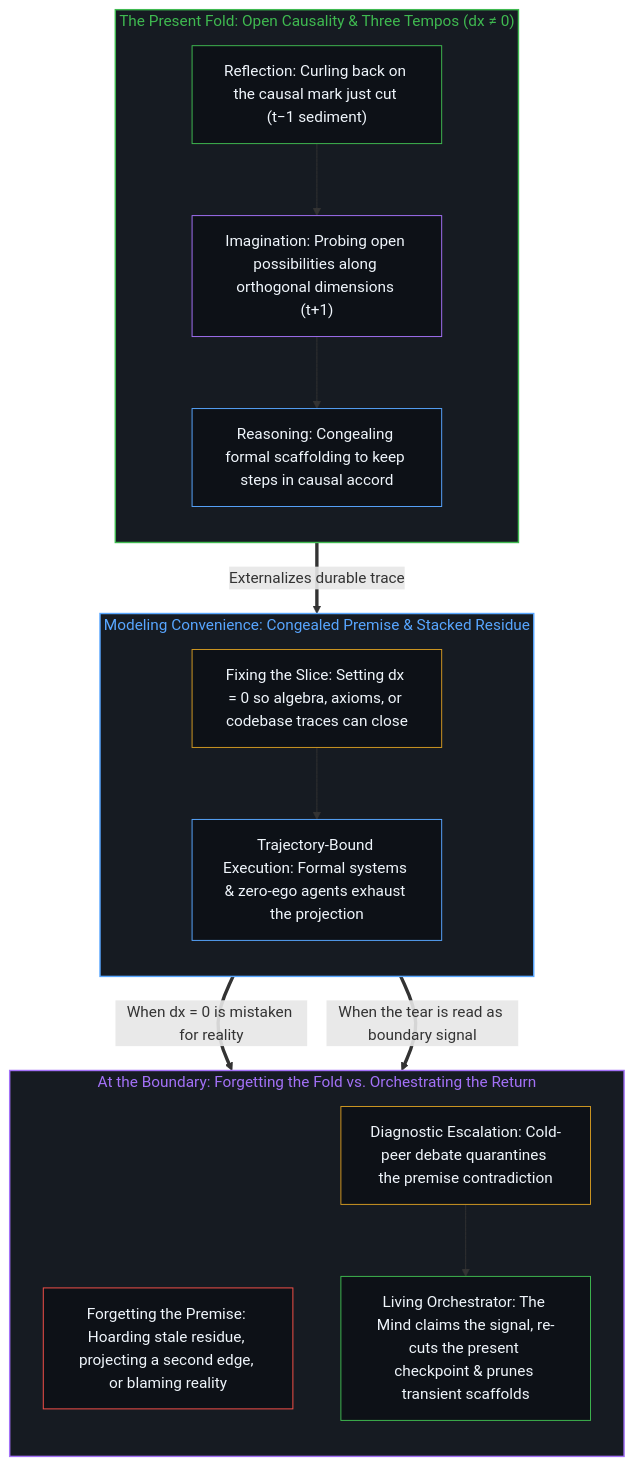
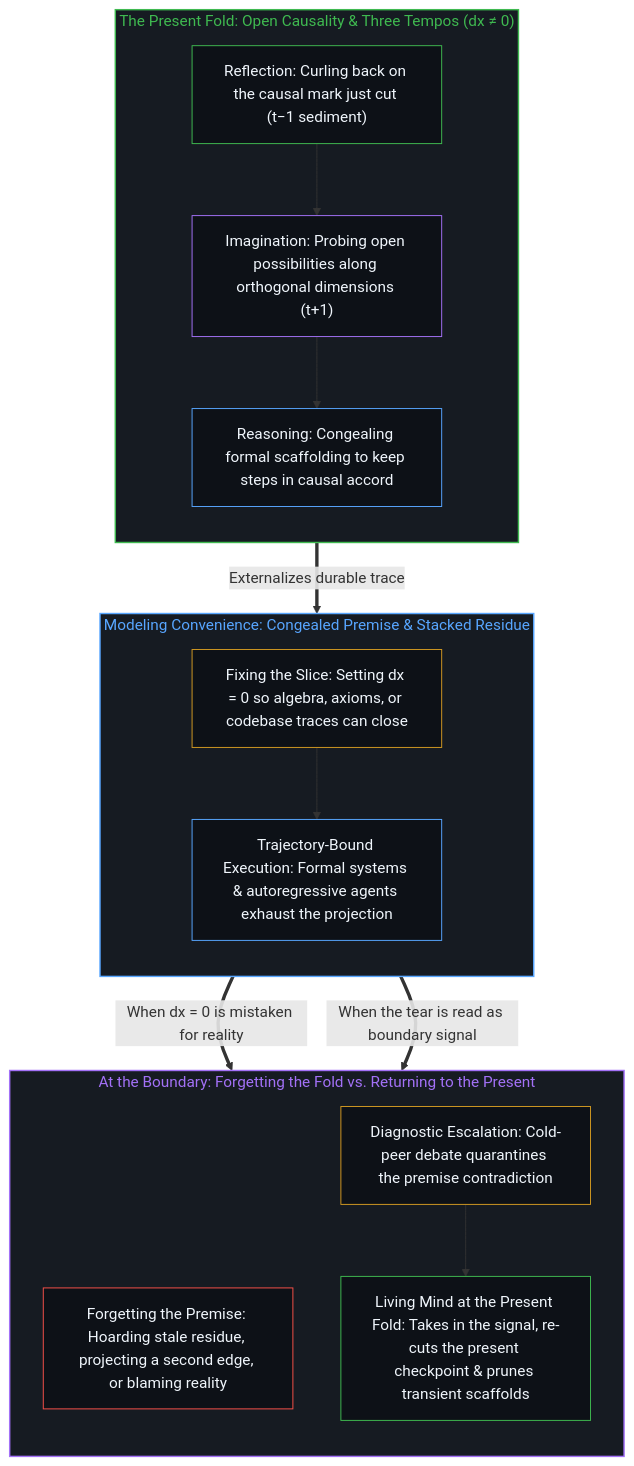
One commit to powerpig99/not-a-toe changed the second of 2 diagrams in content/posts/the-continuum-is-a-modeling-convenience.md. Above: the diagram before and after it, drawn with Mermaid. The commit also changed other lines of this file and 5 other files, not shown here.

````diff
--- a/content/posts/the-continuum-is-a-modeling-convenience.md
+++ b/content/posts/the-continuum-is-a-modeling-convenience.md
@@ -141,37 +141,37 @@
 ```mermaid
 flowchart TD
     subgraph S_Fold["The Present Fold: Open Causality & Three Tempos (dx ≠ 0)"]
         direction TB
         Reflect["Reflection: Curling back on the causal mark just cut (t−1 sediment)"]
         Imagine["Imagination: Probing open possibilities along orthogonal dimensions (t+1)"]
         Reason["Reasoning: Congealing formal scaffolding to keep steps in causal accord"]
         Reflect --> Imagine --> Reason
     end
     subgraph S_Proj["Modeling Convenience: Congealed Premise & Stacked Residue"]
         direction TB
         Given["Fixing the Slice: Setting dx = 0 so algebra, axioms, or codebase traces can close"]
-        Agent["Trajectory-Bound Execution: Formal systems & zero-ego agents exhaust the projection"]
+        Agent["Trajectory-Bound Execution: Formal systems & autoregressive agents exhaust the projection"]
         Given --> Agent
     end
-    subgraph S_Split["At the Boundary: Forgetting the Fold vs. Orchestrating the Return"]
+    subgraph S_Split["At the Boundary: Forgetting the Fold vs. Returning to the Present"]
         direction TB
         Forget["Forgetting the Premise: Hoarding stale residue, projecting a second edge, or blaming reality"]
         Deadlock["Diagnostic Escalation: Cold-peer debate quarantines the premise contradiction"]
-        Steer["Living Orchestrator: The Mind claims the signal, re-cuts the present checkpoint & prunes transient scaffolds"]
+        Steer["Living Mind at the Present Fold: Takes in the signal, re-cuts the present checkpoint & prunes transient scaffolds"]
         Deadlock --> Steer
     end
     Reason ==>|"Externalizes durable trace"| Given
     Agent ==>|"When dx = 0 is mistaken for reality"| Forget
     Agent ==>|"When the tear is read as boundary signal"| Deadlock
     style S_Fold fill:#161b22,stroke:#3fb950,stroke-width:1.5px,color:#3fb950
     style S_Proj fill:#161b22,stroke:#58a6ff,stroke-width:1.5px,color:#58a6ff
     style S_Split fill:#161b22,stroke:#a371f7,stroke-width:1.5px,color:#a371f7
     style Reflect fill:#0d1117,stroke:#3fb950,stroke-width:1px,color:#f0f6fc
     style Imagine fill:#0d1117,stroke:#a371f7,stroke-width:1px,color:#f0f6fc
     style Reason fill:#0d1117,stroke:#58a6ff,stroke-width:1px,color:#f0f6fc
     style Given fill:#0d1117,stroke:#d29922,stroke-width:1px,color:#f0f6fc
     style Agent fill:#0d1117,stroke:#58a6ff,stroke-width:1px,color:#f0f6fc
     style Forget fill:#0d1117,stroke:#f85149,stroke-width:1px,color:#f0f6fc
     style Deadlock fill:#0d1117,stroke:#d29922,stroke-width:1px,color:#f0f6fc
     style Steer fill:#0d1117,stroke:#3fb950,stroke-width:1px,color:#f0f6fc
 ```
````
